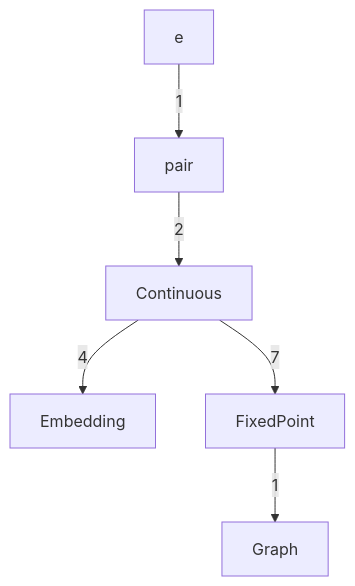
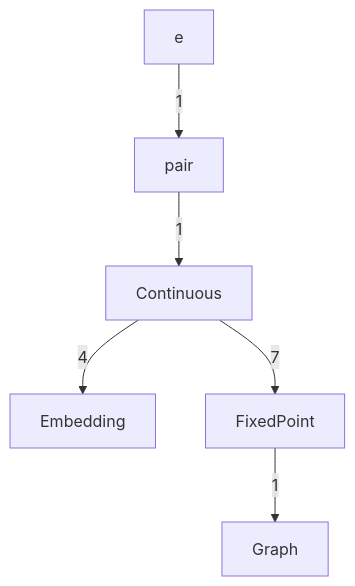
One commit to catskillsresearch/DomainTheory changed the diagram in DomainTheory/DataTypesAsLattices/1976_Continuous_functions.mermaid. Above: the diagram before and after it, drawn with Mermaid. The commit also changed 85 other files, not shown here.

```diff
--- a/DomainTheory/DataTypesAsLattices/1976_Continuous_functions.mermaid
+++ b/DomainTheory/DataTypesAsLattices/1976_Continuous_functions.mermaid
@@ -1,24 +1,24 @@
 %% Continuous functions on Pω.
 %% Arrowhead on the importer. The number is a direct-import count.
 %% An arrow already implied by a longer path is omitted.
 flowchart TB
 
   CONT["Continuous"]
   E["e"]
   EMB["Embedding"]
   FIX["FixedPoint"]
   GRA["Graph"]
   PAIR["pair"]
 
-  PAIR -->|"2"| CONT
+  PAIR -->|"1"| CONT
   CONT -->|"4"| EMB
   CONT -->|"7"| FIX
   FIX -->|"1"| GRA
   E -->|"1"| PAIR
 
   classDef c1 fill:#dcfce7,stroke:#15803d,color:#14532d
   classDef c6 fill:#ccfbf1,stroke:#0f766e,color:#134e4a
   classDef c2 fill:#fef3c7,stroke:#b45309,color:#78350f
   classDef c3 fill:#fce7f3,stroke:#be185d,color:#831843
   classDef c4 fill:#fee2e2,stroke:#b91c1c,color:#7f1d1d
   classDef c5 fill:#e0e7ff,stroke:#4338ca,color:#312e81
```
